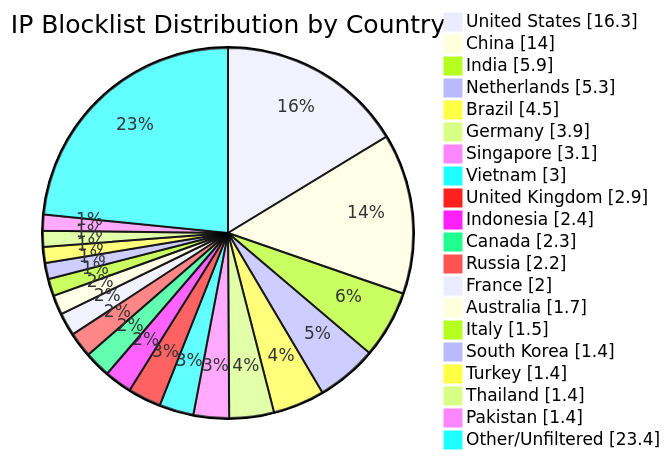
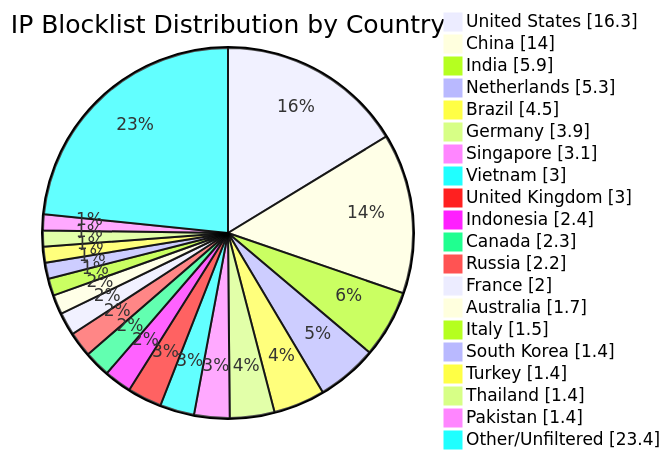
One commit to dewdmadbro/ip-blocklist-dewd changed the diagram in README.md. Above: the diagram before and after it, drawn with Mermaid. The commit also changed other lines of this file and 50 other files, not shown here.

````diff
--- a/README.md
+++ b/README.md
@@ -34,23 +34,23 @@
 ```mermaid
 pie showData title IP Blocklist Distribution by Country
 "United States" : 16.3
 "China" : 14.0
 "India" : 5.9
 "Netherlands" : 5.3
 "Brazil" : 4.5
 "Germany" : 3.9
 "Singapore" : 3.1
 "Vietnam" : 3.0
-"United Kingdom" : 2.9
+"United Kingdom" : 3.0
 "Indonesia" : 2.4
 "Canada" : 2.3
 "Russia" : 2.2
 "France" : 2.0
 "Australia" : 1.7
 "Italy" : 1.5
 "South Korea" : 1.4
 "Turkey" : 1.4
 "Thailand" : 1.4
 "Pakistan" : 1.4
 "Other/Unfiltered" : 23.4
 ```
````
